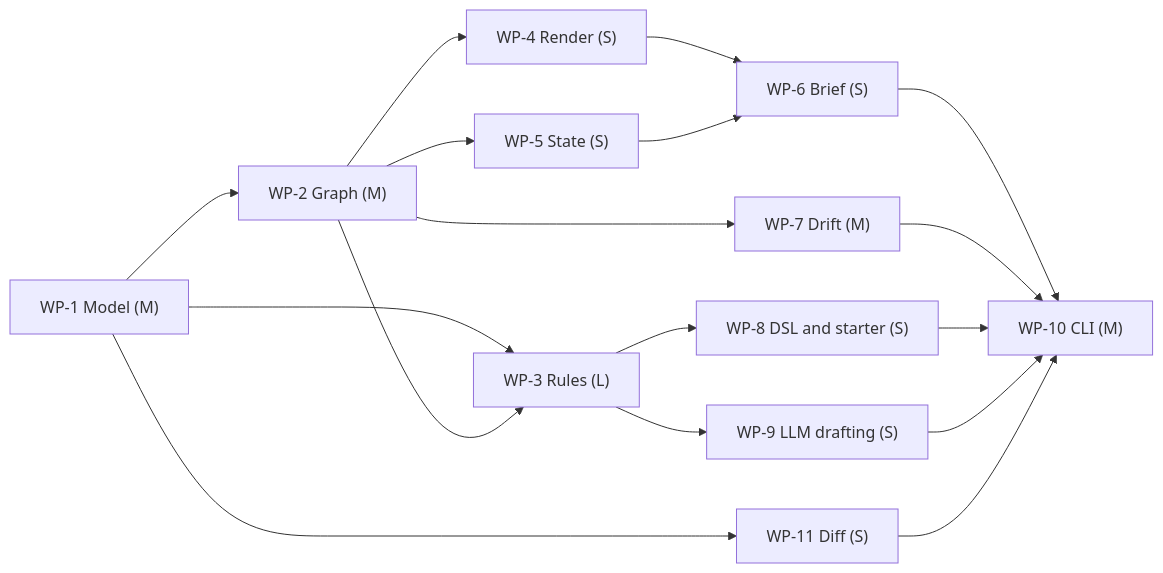
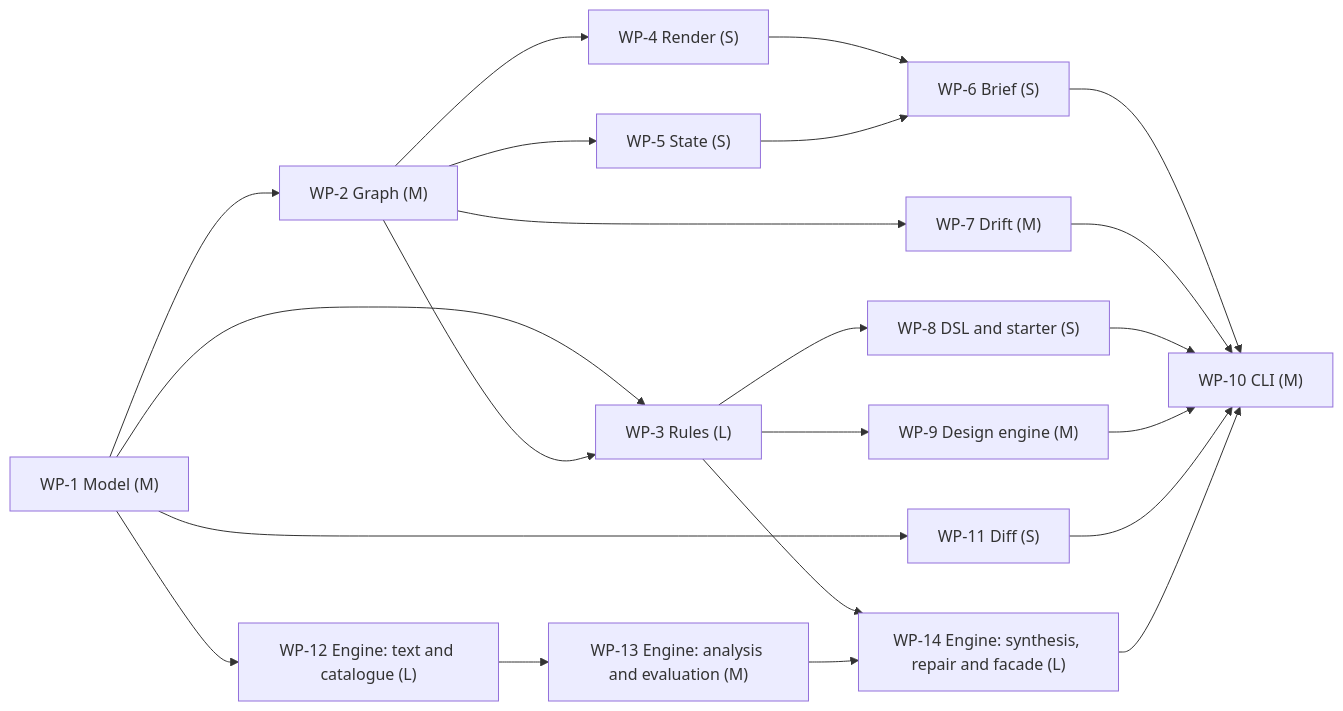
Before and after one commit to yui9696/sekkei: the second of 2 diagrams in examples/self/DESIGN.md, drawn with Mermaid. The commit also changed other lines of this file and 27 other files, not shown here.

First line of the commit message:
Add the design engine: sekkei designs from a requirements text without a model

````diff
--- a/examples/self/DESIGN.md
+++ b/examples/self/DESIGN.md
@@ -507,30 +709,38 @@
 ```mermaid
 graph LR
   WP_1["WP-1 Model (M)"]
   WP_2["WP-2 Graph (M)"]
   WP_3["WP-3 Rules (L)"]
   WP_4["WP-4 Render (S)"]
   WP_5["WP-5 State (S)"]
   WP_6["WP-6 Brief (S)"]
   WP_7["WP-7 Drift (M)"]
   WP_8["WP-8 DSL and starter (S)"]
-  WP_9["WP-9 LLM drafting (S)"]
+  WP_9["WP-9 Design engine (M)"]
+  WP_12["WP-12 Engine: text and catalogue (L)"]
+  WP_13["WP-13 Engine: analysis and evaluation (M)"]
+  WP_14["WP-14 Engine: synthesis, repair and facade (L)"]
   WP_11["WP-11 Diff (S)"]
   WP_10["WP-10 CLI (M)"]
   WP_1 --> WP_2
   WP_1 --> WP_3
   WP_2 --> WP_3
   WP_2 --> WP_4
   WP_2 --> WP_5
   WP_4 --> WP_6
   WP_5 --> WP_6
   WP_2 --> WP_7
   WP_3 --> WP_8
   WP_3 --> WP_9
+  WP_1 --> WP_12
+  WP_12 --> WP_13
+  WP_3 --> WP_14
+  WP_13 --> WP_14
   WP_1 --> WP_11
   WP_6 --> WP_10
   WP_7 --> WP_10
   WP_8 --> WP_10
   WP_9 --> WP_10
   WP_11 --> WP_10
+  WP_14 --> WP_10
 ```
````
